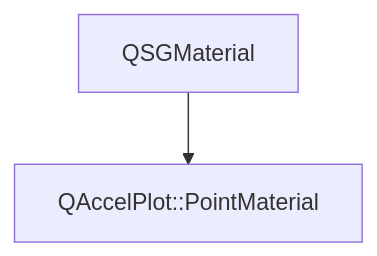
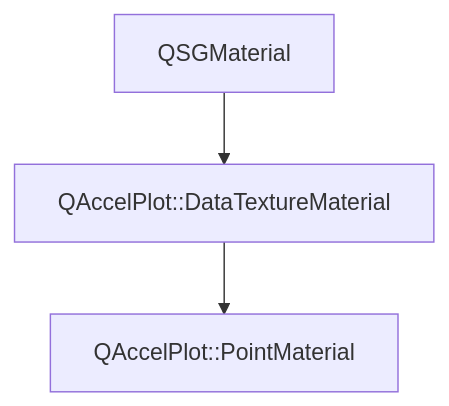
Before and after one commit to michalgrabarczyk/QAccelPlot: the diagram in main/assets/.doxy/QAccelPlot/api/classQAccelPlot_1_1PointMaterial.md, drawn with Mermaid. The commit also changed other lines of this file and 85 other files, not shown here.

````diff
--- a/main/assets/.doxy/QAccelPlot/api/classQAccelPlot_1_1PointMaterial.md
+++ b/main/assets/.doxy/QAccelPlot/api/classQAccelPlot_1_1PointMaterial.md
@@ -31,8 +31,12 @@
 ```mermaid
 flowchart TB
   classQAccelPlot_1_1PointMaterial["QAccelPlot::PointMaterial"]
 
-  external_base_classQAccelPlot_1_1PointMaterial_1["QSGMaterial"]
-  external_base_classQAccelPlot_1_1PointMaterial_1 --> classQAccelPlot_1_1PointMaterial
+  classQAccelPlot_1_1DataTextureMaterial["QAccelPlot::DataTextureMaterial"]
+  classQAccelPlot_1_1DataTextureMaterial --> classQAccelPlot_1_1PointMaterial
+  click classQAccelPlot_1_1DataTextureMaterial "../classQAccelPlot_1_1DataTextureMaterial/" "Open QAccelPlot::DataTextureMaterial"
+
+  external_base_classQAccelPlot_1_1DataTextureMaterial_1["QSGMaterial"]
+  external_base_classQAccelPlot_1_1DataTextureMaterial_1 --> classQAccelPlot_1_1DataTextureMaterial
 
 ```
````
